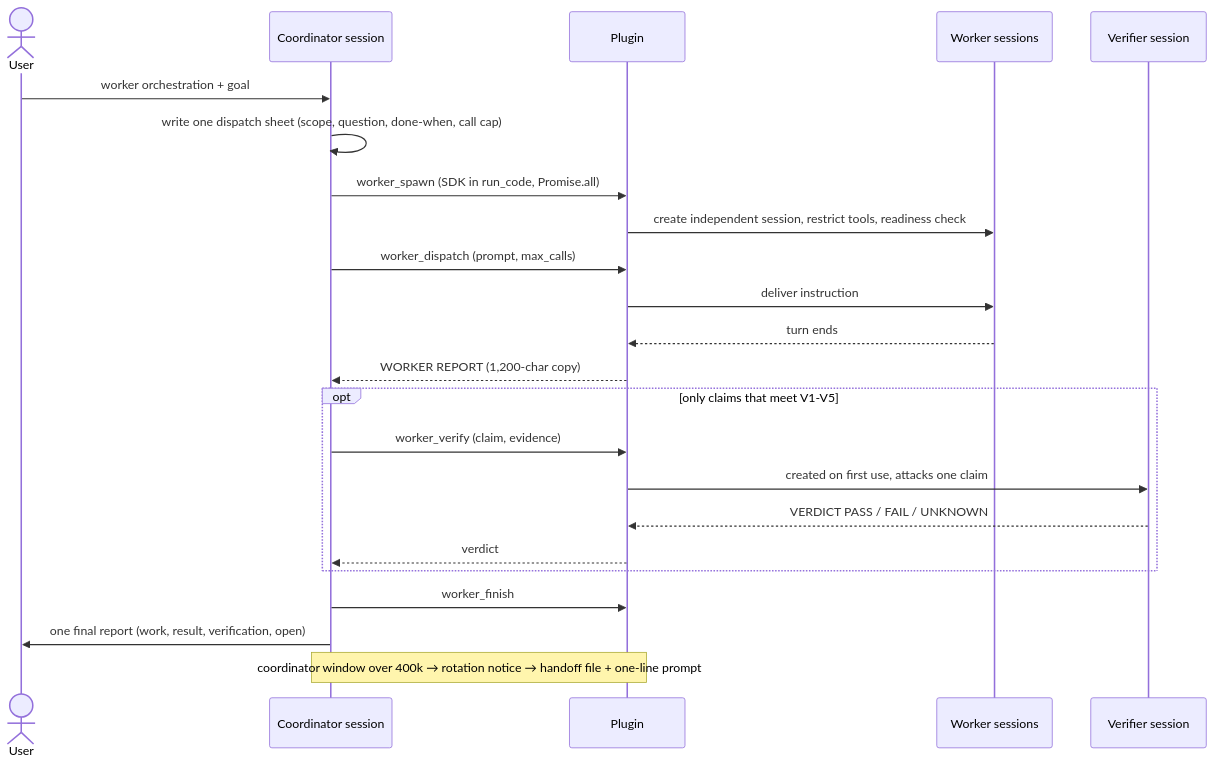
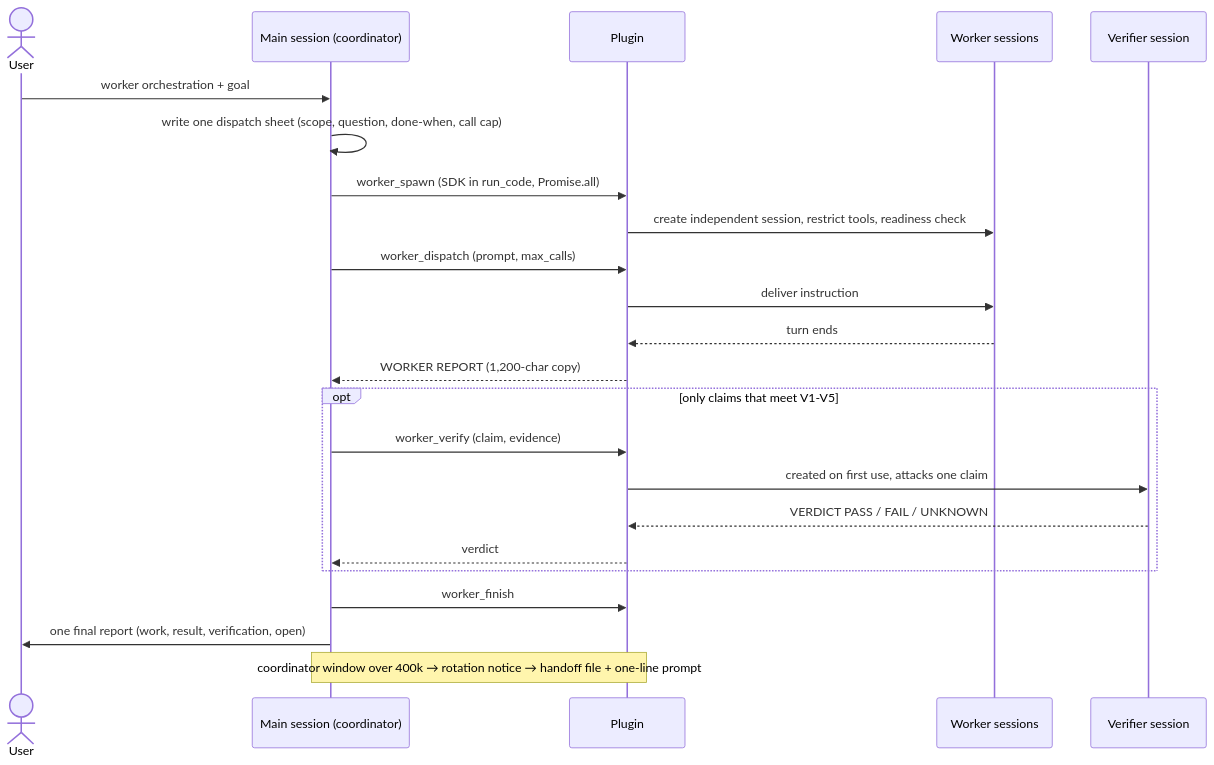
Before and after one commit to AION-Battlecruiser/dsh-skills: the diagram in README-en.md, drawn with Mermaid. The commit also changed other lines of this file and 1 other file, not shown here.

Commit message:
docs: lead with "main session splits, workers have their own conversations" and the strengths

````diff
--- a/README-en.md
+++ b/README-en.md
@@ -68,25 +82,25 @@
 ```mermaid
 sequenceDiagram
     actor U as User
-    participant C as Coordinator session
+    participant C as Main session (coordinator)
     participant P as Plugin
     participant W as Worker sessions
     participant V as Verifier session
     U->>C: worker orchestration + goal
     C->>C: write one dispatch sheet (scope, question, done-when, call cap)
     C->>P: worker_spawn (SDK in run_code, Promise.all)
     P->>W: create independent session, restrict tools, readiness check
     C->>P: worker_dispatch (prompt, max_calls)
     P->>W: deliver instruction
     W-->>P: turn ends
     P-->>C: WORKER REPORT (1,200-char copy)
     opt only claims that meet V1-V5
         C->>P: worker_verify (claim, evidence)
         P->>V: created on first use, attacks one claim
         V-->>P: VERDICT PASS / FAIL / UNKNOWN
         P-->>C: verdict
     end
     C->>P: worker_finish
     C->>U: one final report (work, result, verification, open)
     Note over C,P: coordinator window over 400k → rotation notice → handoff file + one-line prompt
 ```
````
